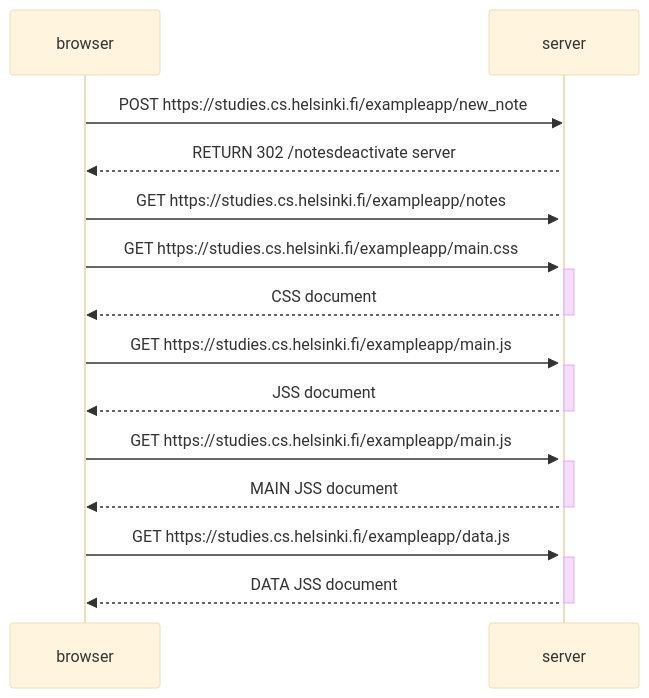
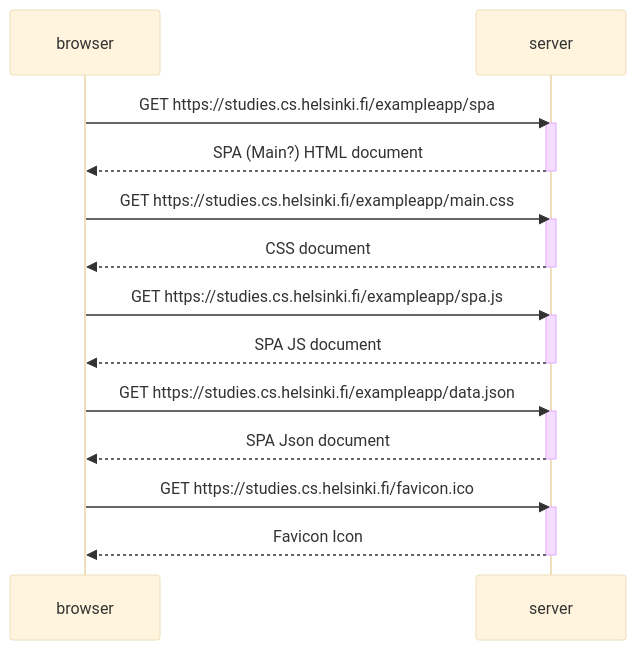
One commit to shortgame11/FULLSTACKOPEN changed the diagram in 0/0_5.md. Above: the diagram before and after it, drawn with Mermaid (base theme).

````diff
--- a/0/0_5.md
+++ b/0/0_5.md
@@ -1,30 +1,30 @@
 ```mermaid
 sequenceDiagram
     participant browser
     participant server
 
-    browser->>server: POST https://studies.cs.helsinki.fi/exampleapp/new_note
-
+    browser->>server: GET https://studies.cs.helsinki.fi/exampleapp/spa 
     activate server
-    server-->>browser: RETURN 302 /notesdeactivate server
-    browser->>server: GET https://studies.cs.helsinki.fi/exampleapp/notes
-
+    server-->>browser: SPA (Main?) HTML document
+    deactivate server
 
     browser->>server: GET https://studies.cs.helsinki.fi/exampleapp/main.css
     activate server
     server-->>browser: CSS document
     deactivate server
-    browser->>server: GET https://studies.cs.helsinki.fi/exampleapp/main.js
+
+    browser->>server: GET https://studies.cs.helsinki.fi/exampleapp/spa.js
     activate server
-    server-->>browser: JSS document
+    server-->>browser: SPA JS document
     deactivate server
-    browser->>server: GET https://studies.cs.helsinki.fi/exampleapp/main.js
+
+    browser->>server: GET https://studies.cs.helsinki.fi/exampleapp/data.json
     activate server
-    server-->>browser: MAIN JSS document
+    server-->>browser: SPA Json document
     deactivate server
-    browser->>server: GET https://studies.cs.helsinki.fi/exampleapp/data.js
+
+    browser->>server: GET https://studies.cs.helsinki.fi/favicon.ico
     activate server
-    server-->>browser: DATA JSS document
-
+    server-->>browser: Favicon Icon 
     deactivate server
 ```
````
